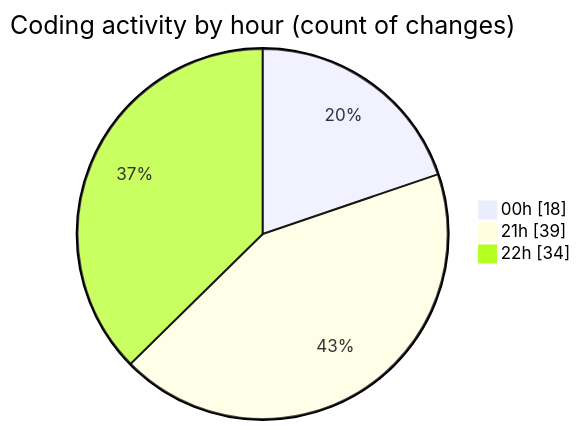
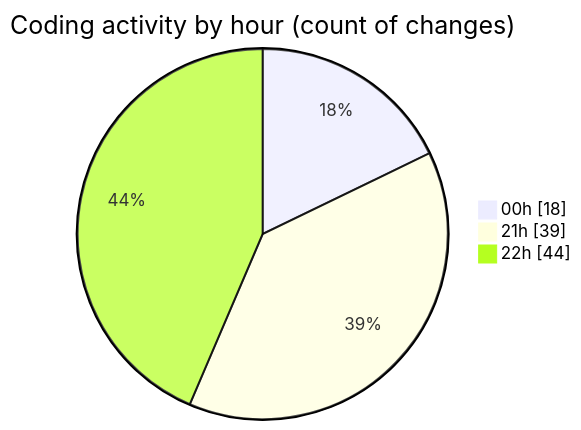
Before and after one commit to Netris89/code-tracking: the second of 2 diagrams in 2025-04-23/echo/README.md, drawn with Mermaid. The commit also changed other lines of this file and 1 other file, not shown here.

````diff
--- a/2025-04-23/echo/README.md
+++ b/2025-04-23/echo/README.md
@@ -32,7 +32,7 @@
 ```mermaid
 pie showData
 title Coding activity by hour (count of changes)
 "00h" : 18
 "21h" : 39
-"22h" : 34
+"22h" : 44
 ```
````
